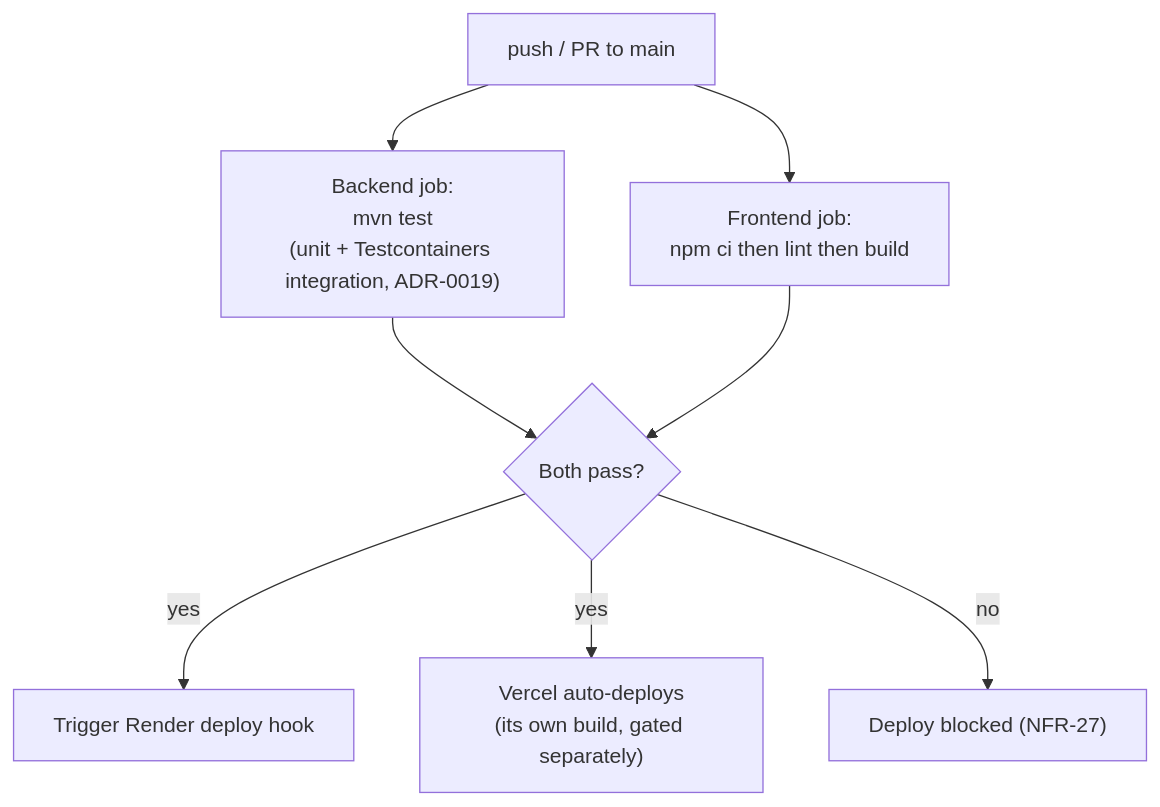
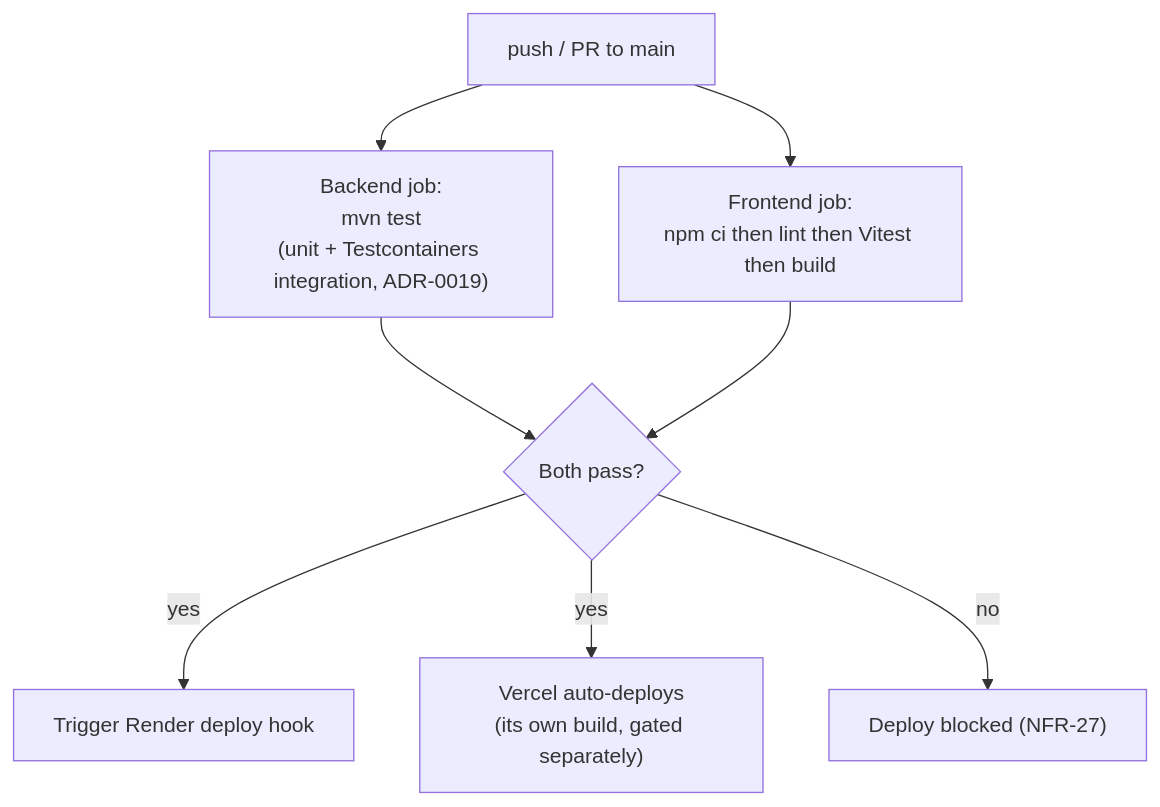
Before and after one commit to NguyenTruongNgocHan/pulselink: the second of 2 diagrams in docs/architecture/deployment.md, drawn with Mermaid. The commit also changed other lines of this file and 31 other files, not shown here.

````diff
--- a/docs/architecture/deployment.md
+++ b/docs/architecture/deployment.md
@@ -29,18 +31,18 @@
 ```mermaid
 flowchart TB
     Trigger["push / PR to main"]
     Backend["Backend job:<br/>mvn test<br/>(unit + Testcontainers integration, ADR-0019)"]
-    Frontend["Frontend job:<br/>npm ci then lint then build"]
+    Frontend["Frontend job:<br/>npm ci then lint then Vitest then build"]
     Gate{"Both pass?"}
     DeployAPI["Trigger Render deploy hook"]
     DeployWeb["Vercel auto-deploys<br/>(its own build, gated separately)"]
     Block["Deploy blocked (NFR-27)"]
 
     Trigger --> Backend
     Trigger --> Frontend
     Backend --> Gate
     Frontend --> Gate
     Gate -->|yes| DeployAPI
     Gate -->|yes| DeployWeb
     Gate -->|no| Block
 ```
````
